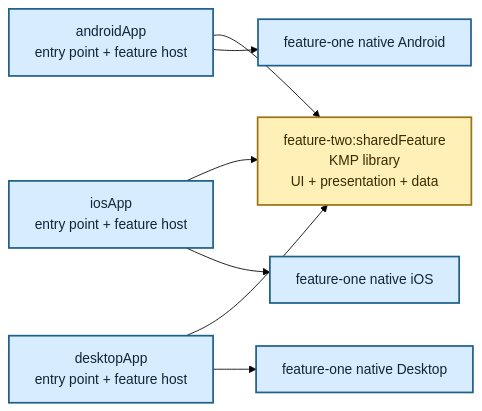
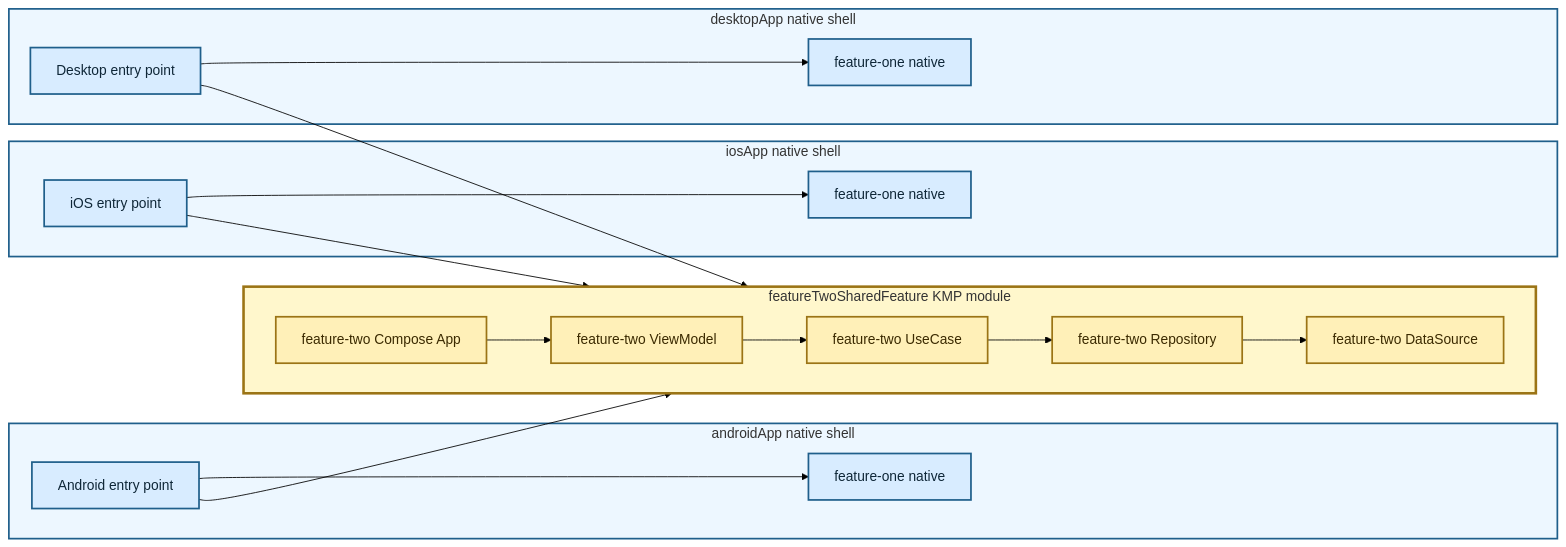
The diagram in diagrams/14-modular-kmp-shared-feature.md (TheSetox/kmp-sample-diagrams), drawn with Mermaid (forest theme) before and after one commit. The commit also changed other lines of this file and 18 other files, not shown here.

Commit message:
docs: clarify kmp and native diagram boundaries

````diff
--- a/diagrams/14-modular-kmp-shared-feature.md
+++ b/diagrams/14-modular-kmp-shared-feature.md
@@ -5,25 +5,43 @@
 ```mermaid
 flowchart LR
-  SharedFeature["feature-two:sharedFeature\nKMP library\nUI + presentation + data"]
+  subgraph Android["androidApp native shell"]
+    AEntry["Android entry point"]
+    AFeatureOne["feature-one native"]
+    AEntry --> AFeatureOne
+  end
 
-  Android["androidApp\nentry point + feature host"]
-  IOS["iosApp\nentry point + feature host"]
-  Desktop["desktopApp\nentry point + feature host"]
+  subgraph IOS["iosApp native shell"]
+    IEntry["iOS entry point"]
+    IFeatureOne["feature-one native"]
+    IEntry --> IFeatureOne
+  end
 
-  Android --> SharedFeature
-  IOS --> SharedFeature
-  Desktop --> SharedFeature
+  subgraph Desktop["desktopApp native shell"]
+    DEntry["Desktop entry point"]
+    DFeatureOne["feature-one native"]
+    DEntry --> DFeatureOne
+  end
 
-  FeatureOneA["feature-one native Android"]
-  FeatureOneI["feature-one native iOS"]
-  FeatureOneD["feature-one native Desktop"]
+  subgraph KMP["featureTwoSharedFeature KMP module"]
+    direction LR
+    App["feature-two Compose App"]
+    VM["feature-two ViewModel"]
+    UseCase["feature-two UseCase"]
+    Repository["feature-two Repository"]
+    DataSource["feature-two DataSource"]
+    App --> VM --> UseCase --> Repository --> DataSource
+  end
 
-  Android --> FeatureOneA
-  IOS --> FeatureOneI
-  Desktop --> FeatureOneD
+  AEntry --> App
+  IEntry --> App
+  DEntry --> App
 
   classDef app fill:#d8ecff,stroke:#1f5f8b,color:#0f2738,stroke-width:2px;
-  classDef shared fill:#fff0b8,stroke:#9b7415,color:#3b2a00,stroke-width:2px;
-  class Android,IOS,Desktop,FeatureOneA,FeatureOneI,FeatureOneD app;
-  class SharedFeature shared;
+  classDef kmp fill:#fff0b8,stroke:#9b7415,color:#3b2a00,stroke-width:2px;
+  class AEntry,AFeatureOne,IEntry,IFeatureOne,DEntry,DFeatureOne app;
+  class App,VM,UseCase,Repository,DataSource kmp;
+  style Android fill:#edf7ff,stroke:#1f5f8b,stroke-width:2px
+  style IOS fill:#edf7ff,stroke:#1f5f8b,stroke-width:2px
+  style Desktop fill:#edf7ff,stroke:#1f5f8b,stroke-width:2px
+  style KMP fill:#fff7cc,stroke:#9b7415,stroke-width:3px
 ```
````
